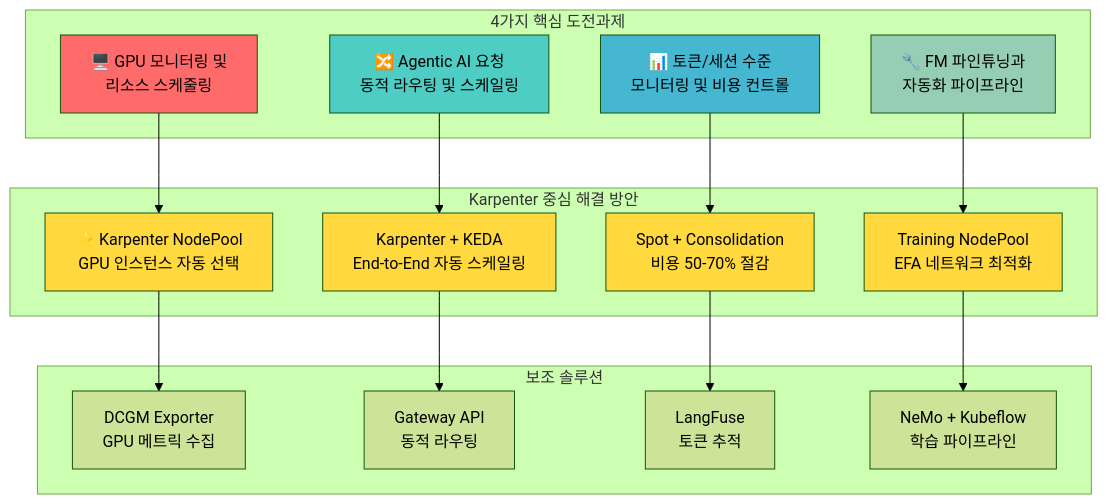
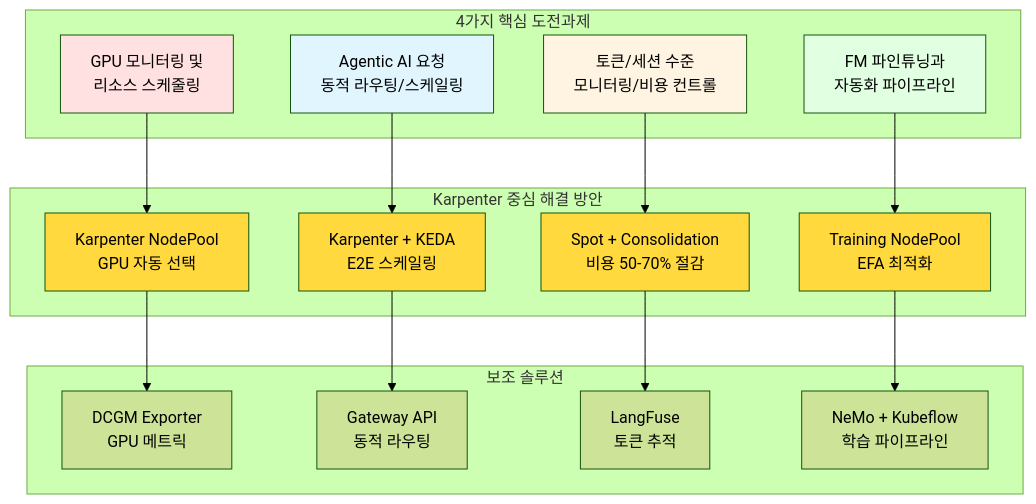
One commit to devfloor9/engineering-playbook changed the sixth of 15 diagrams in docs/agentic-ai-platform/design-architecture/agentic-ai-solutions-eks.md. Above: the diagram before and after it, drawn with Mermaid (forest theme). The commit also changed other lines of this file and 24 other files, not shown here.

````diff
--- a/docs/agentic-ai-platform/design-architecture/agentic-ai-solutions-eks.md
+++ b/docs/agentic-ai-platform/design-architecture/agentic-ai-solutions-eks.md
@@ -316,41 +320,41 @@
 ```mermaid
-graph TB
-    subgraph "4가지 핵심 도전과제"
-        C1["🖥️ GPU 모니터링 및<br/>리소스 스케줄링"]
-        C2["🔀 Agentic AI 요청<br/>동적 라우팅 및 스케일링"]
-        C3["📊 토큰/세션 수준<br/>모니터링 및 비용 컨트롤"]
-        C4["🔧 FM 파인튜닝과<br/>자동화 파이프라인"]
+flowchart TD
+    subgraph Challenges["4가지 핵심 도전과제"]
+        C1["GPU 모니터링 및<br/>리소스 스케줄링"]
+        C2["Agentic AI 요청<br/>동적 라우팅/스케일링"]
+        C3["토큰/세션 수준<br/>모니터링/비용 컨트롤"]
+        C4["FM 파인튜닝과<br/>자동화 파이프라인"]
     end
 
-    subgraph "Karpenter 중심 해결 방안"
-        S1["⭐ Karpenter NodePool<br/>GPU 인스턴스 자동 선택"]
-        S2["Karpenter + KEDA<br/>End-to-End 자동 스케일링"]
+    subgraph KarpenterSolutions["Karpenter 중심 해결 방안"]
+        S1["Karpenter NodePool<br/>GPU 자동 선택"]
+        S2["Karpenter + KEDA<br/>E2E 스케일링"]
         S3["Spot + Consolidation<br/>비용 50-70% 절감"]
-        S4["Training NodePool<br/>EFA 네트워크 최적화"]
+        S4["Training NodePool<br/>EFA 최적화"]
     end
 
-    subgraph "보조 솔루션"
-        A1["DCGM Exporter<br/>GPU 메트릭 수집"]
+    subgraph AuxSolutions["보조 솔루션"]
+        A1["DCGM Exporter<br/>GPU 메트릭"]
         A2["Gateway API<br/>동적 라우팅"]
         A3["LangFuse<br/>토큰 추적"]
         A4["NeMo + Kubeflow<br/>학습 파이프라인"]
     end
 
     C1 --> S1
     C2 --> S2
     C3 --> S3
     C4 --> S4
     S1 --> A1
     S2 --> A2
     S3 --> A3
     S4 --> A4
 
-    style C1 fill:#ff6b6b
-    style C2 fill:#4ecdc4
-    style C3 fill:#45b7d1
-    style C4 fill:#96ceb4
+    style C1 fill:#ffe1e1
+    style C2 fill:#e1f5ff
+    style C3 fill:#fff4e1
+    style C4 fill:#e1ffe1
     style S1 fill:#ffd93d
     style S2 fill:#ffd93d
     style S3 fill:#ffd93d
     style S4 fill:#ffd93d
 ```
````
